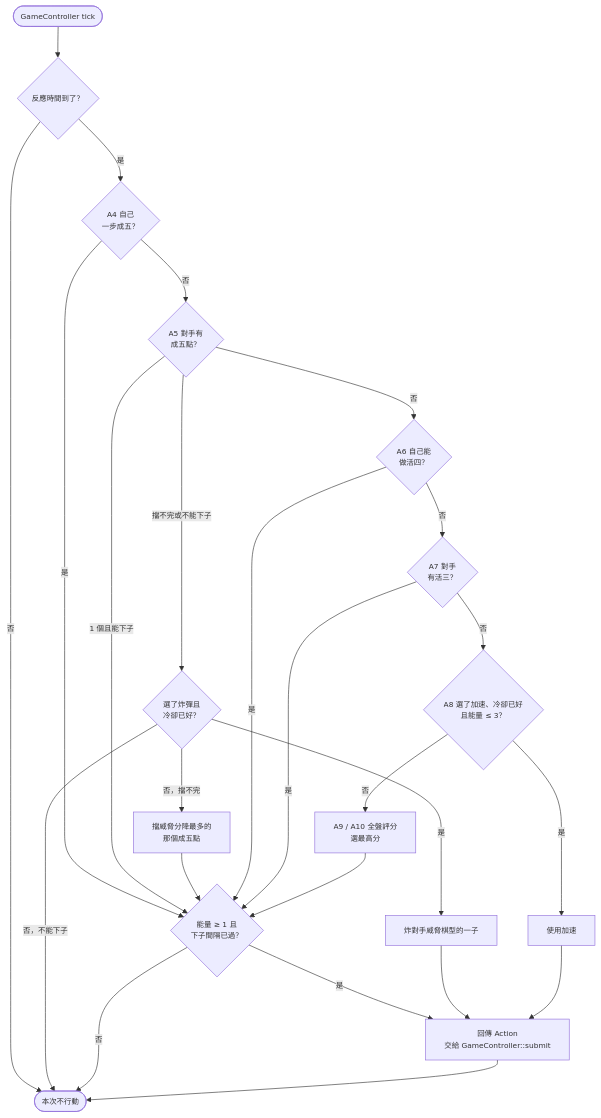
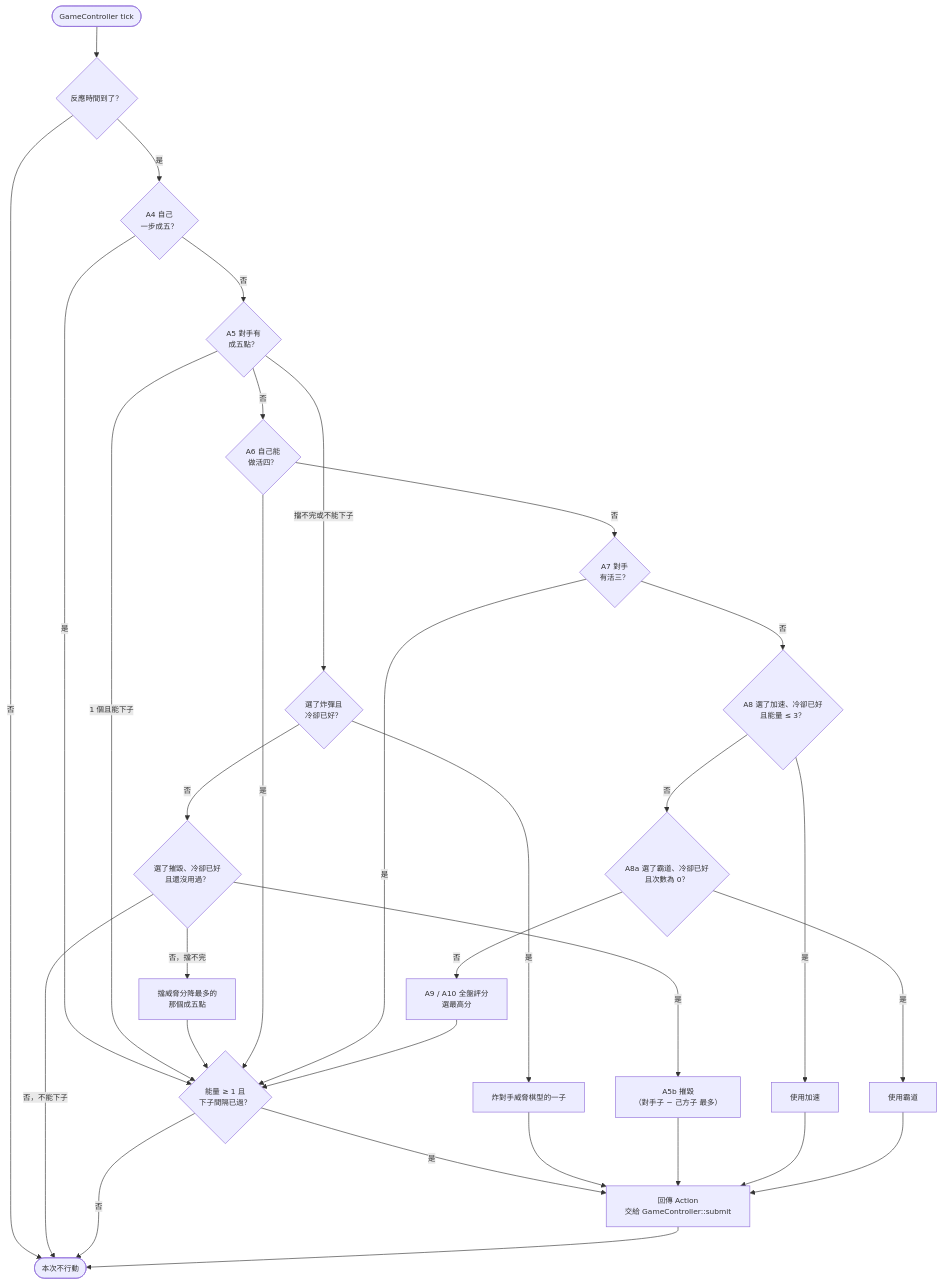
The second of 2 diagrams in docs/design.md (i0cRAY/gomoku_new), drawn with Mermaid before and after one commit. The commit also changed other lines of this file and 3 other files, not shown here.

````diff
--- a/docs/design.md
+++ b/docs/design.md
@@ -328,29 +393,35 @@
 ```mermaid
 %%{init: {"flowchart": {"useMaxWidth": true}, "themeVariables": {"fontSize": "12px"}}}%%
 flowchart TD
 Place{"能量 ≥ 1 且<br/>下子間隔已過？"}
 Start([GameController tick]) --> Ready{"反應時間到了？"}
 Ready -->|否| End([本次不行動])
 Ready -->|是| Win{"A4 自己<br/>一步成五？"}
 Win -->|是| Place
 Win -->|否| Threat{"A5 對手有<br/>成五點？"}
 Threat -->|"1 個且能下子"| Place
 Threat -->|"擋不完或不能下子"| Bomb{"選了炸彈且<br/>冷卻已好？"}
 Bomb -->|是| UseBomb[炸對手威脅棋型的一子]
-Bomb -->|"否，擋不完"| BlockOne["擋威脅分降最多的<br/>那個成五點"]
-Bomb -->|"否，不能下子"| End
+Bomb -->|否| Destroy{"選了摧毀、冷卻已好<br/>且還沒用過？"}
+Destroy -->|是| UseDestroy["A5b 摧毀<br/>（對手子 − 己方子 最多）"]
+Destroy -->|"否，擋不完"| BlockOne["擋威脅分降最多的<br/>那個成五點"]
+Destroy -->|"否，不能下子"| End
 BlockOne --> Place
 Threat -->|否| Four{"A6 自己能<br/>做活四？"}
 Four -->|是| Place
 Four -->|否| Three{"A7 對手<br/>有活三？"}
 Three -->|是| Place
 Three -->|否| Buff{"A8 選了加速、冷卻已好<br/>且能量 ≤ 3？"}
 Buff -->|是| UseBuff[使用加速]
-Buff -->|否| Eval["A9 / A10 全盤評分<br/>選最高分"]
+Buff -->|否| Dom{"A8a 選了霸道、冷卻已好<br/>且次數為 0？"}
+Dom -->|是| UseDom[使用霸道]
+Dom -->|否| Eval["A9 / A10 全盤評分<br/>選最高分"]
 Eval --> Place
 Place -->|是| Send["回傳 Action<br/>交給 GameController::submit"]
 Place -->|否| End
 UseBomb --> Send
+UseDestroy --> Send
 UseBuff --> Send
+UseDom --> Send
 Send --> End
 ```
````
